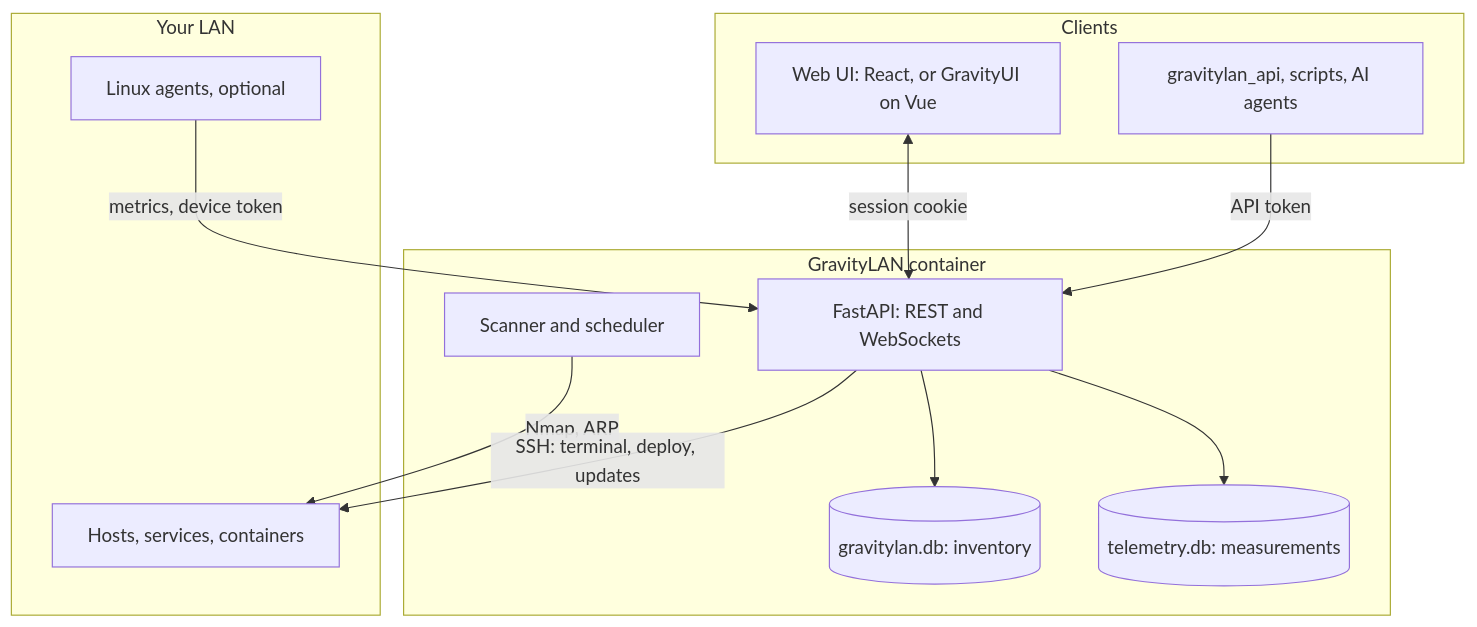
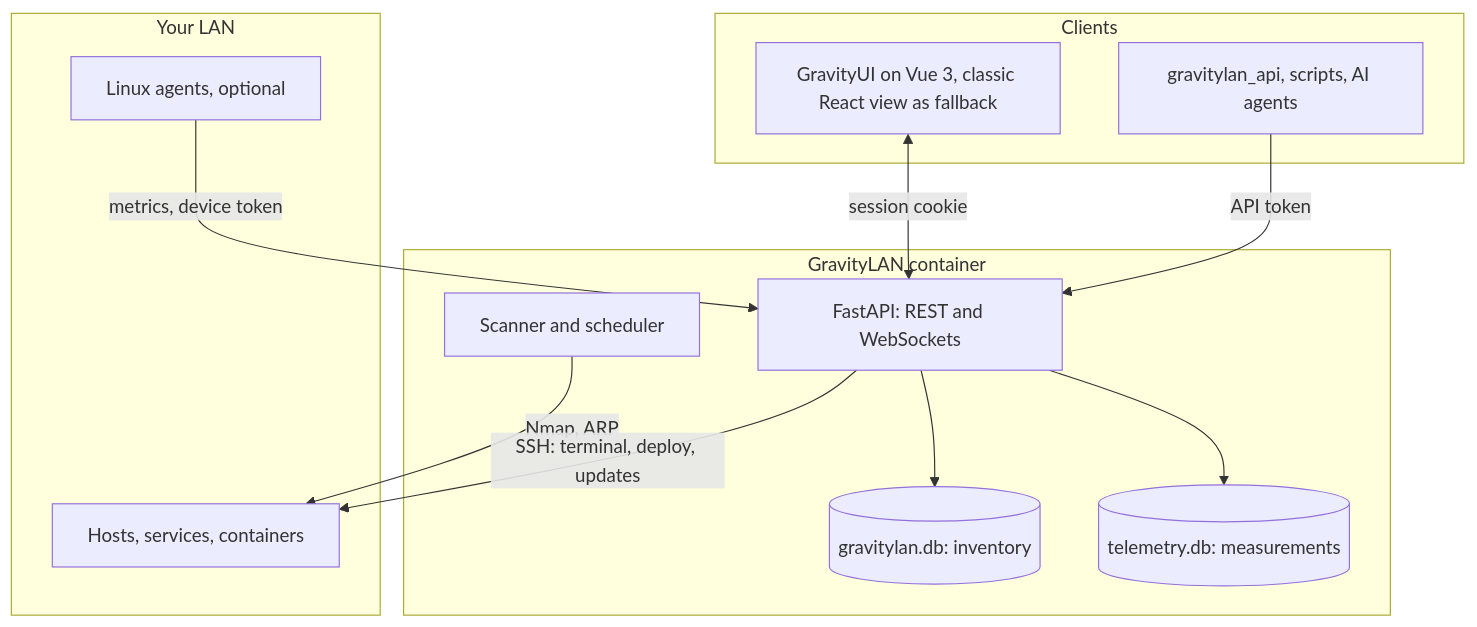
Before and after one commit to SleeperXr/GravityLAN: the first of 2 diagrams in README.md, drawn with Mermaid. The commit also changed other lines of this file and 14 other files, not shown here.

````diff
--- a/README.md
+++ b/README.md
@@ -234,24 +236,24 @@
 ```mermaid
 flowchart TB
   subgraph clients [Clients]
-    SPA[Web UI: React, or GravityUI on Vue]
+    SPA[GravityUI on Vue 3, classic React view as fallback]
     PY[gravitylan_api, scripts, AI agents]
   end
   subgraph server [GravityLAN container]
     API[FastAPI: REST and WebSockets]
     SC[Scanner and scheduler]
     DB[(gravitylan.db: inventory)]
     TDB[(telemetry.db: measurements)]
   end
   subgraph lan [Your LAN]
     HOSTS[Hosts, services, containers]
     AG[Linux agents, optional]
   end
   SPA <-->|session cookie| API
   PY -->|API token| API
   API --> DB
   API --> TDB
   SC -->|Nmap, ARP| HOSTS
   AG -->|metrics, device token| API
   API -->|SSH: terminal, deploy, updates| HOSTS
 ```
````
